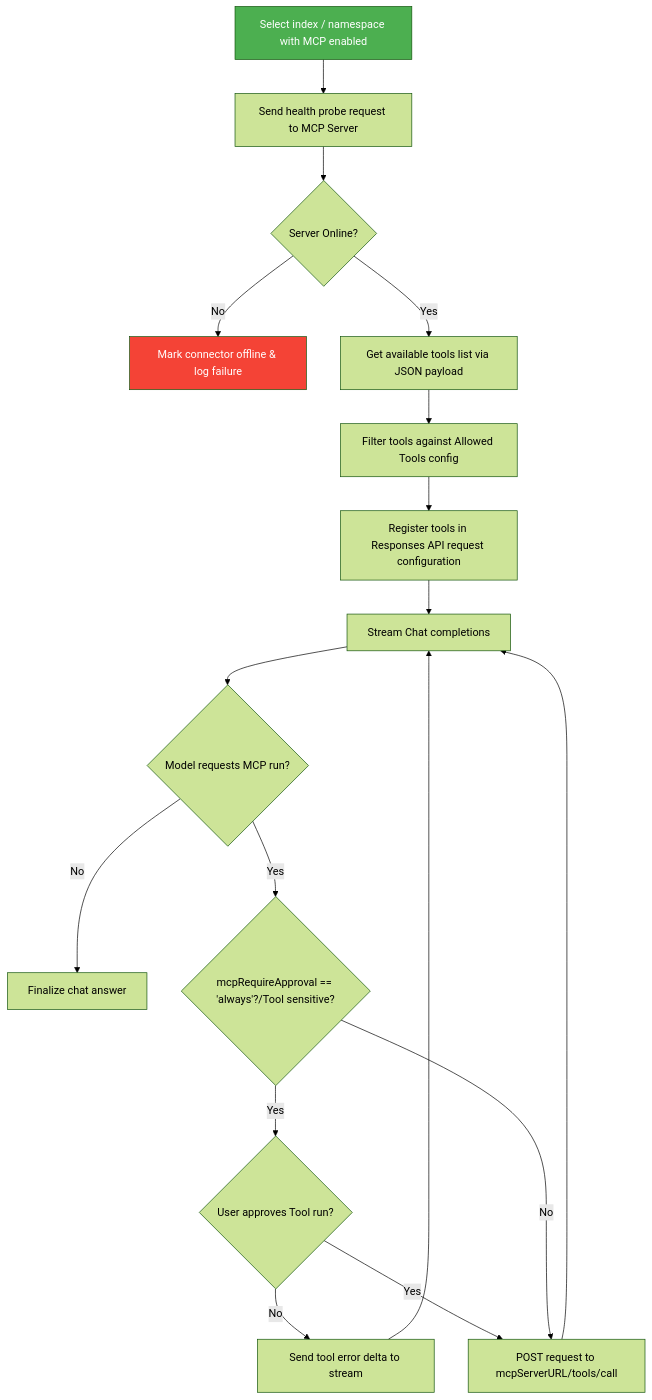
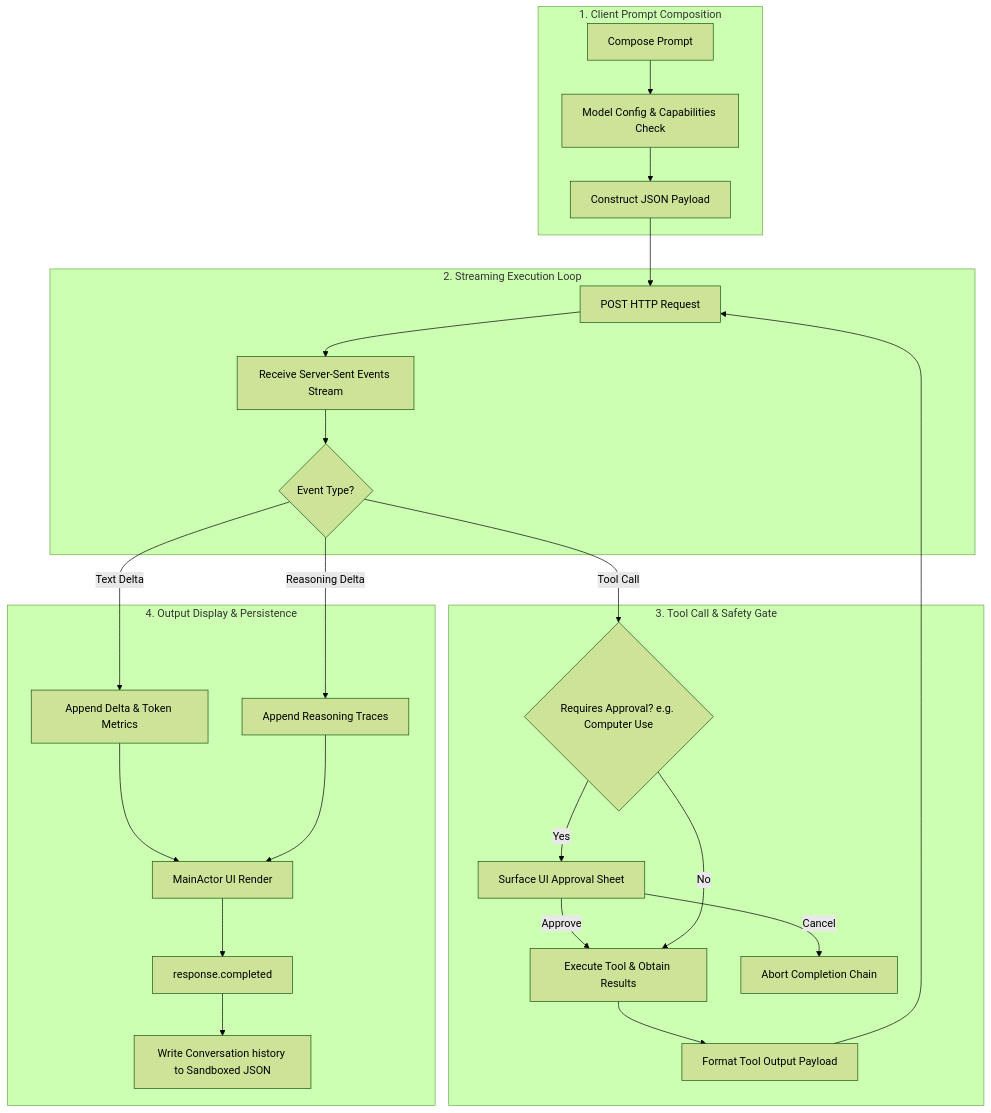
One commit to Gunnarguy/OpenResponses changed the third of 4 diagrams in README.md. Above: the diagram before and after it, drawn with Mermaid (forest theme). The commit also changed other lines of this file and 3 other files, not shown here.

````diff
--- a/README.md
+++ b/README.md
@@ -153,20 +157,32 @@
 ```mermaid
 flowchart TD
-    Launch[Select index / namespace with MCP enabled] --> Probe[Send health probe request to MCP Server]
-    Probe --> Status{Server Online?}
-    Status -->|No| Offline[Mark connector offline & log failure]
-    Status -->|Yes| Discover[Get available tools list via JSON payload]
-    Discover --> AllowList[Filter tools against Allowed Tools config]
-    AllowList --> Register[Register tools in Responses API request configuration]
-    Register --> Stream[Stream Chat completions]
-    Stream --> Invoke{Model requests MCP run?}
-    Invoke -->|No| Output[Finalize chat answer]
-    Invoke -->|Yes| ApproveCheck{mcpRequireApproval == 'always'?/Tool sensitive?}
-    ApproveCheck -->|Yes| UserConfirm{User approves Tool run?}
-    UserConfirm -->|No| Refuse[Send tool error delta to stream] --> Stream
-    UserConfirm -->|Yes| Call[POST request to mcpServerURL/tools/call] --> Stream
-    ApproveCheck -->|No| Call
+    subgraph Composition["1. Client Prompt Composition"]
+        User[Compose Prompt] --> Setup[Model Config & Capabilities Check]
+        Setup --> Payload[Construct JSON Payload]
+    end
 
-    style Launch fill:#4CAF50,color:#fff
-    style Offline fill:#f44336,color:#fff
+    subgraph Execution["2. Streaming Execution Loop"]
+        Payload --> POST[POST HTTP Request]
+        POST --> Stream[Receive Server-Sent Events Stream]
+        Stream --> Event{Event Type?}
+    end
+
+    subgraph ToolLoop["3. Tool Call & Safety Gate"]
+        Event -->|Tool Call| ToolCheck{Requires Approval? e.g. Computer Use}
+        ToolCheck -->|Yes| Gate[Surface UI Approval Sheet]
+        Gate -->|Approve| Run[Execute Tool & Obtain Results]
+        Gate -->|Cancel| Stop[Abort Completion Chain]
+        ToolCheck -->|No| Run
+        Run --> ToolPayload[Format Tool Output Payload]
+        ToolPayload --> POST
+    end
+
+    subgraph Rendering["4. Output Display & Persistence"]
+        Event -->|Text Delta| Delta[Append Delta & Token Metrics]
+        Event -->|Reasoning Delta| Thinking[Append Reasoning Traces]
+        Delta --> UIUpdate[MainActor UI Render]
+        Thinking --> UIUpdate
+        UIUpdate --> Finish[response.completed]
+        Finish --> Save[Write Conversation history to Sandboxed JSON]
+    end
 ```
````
